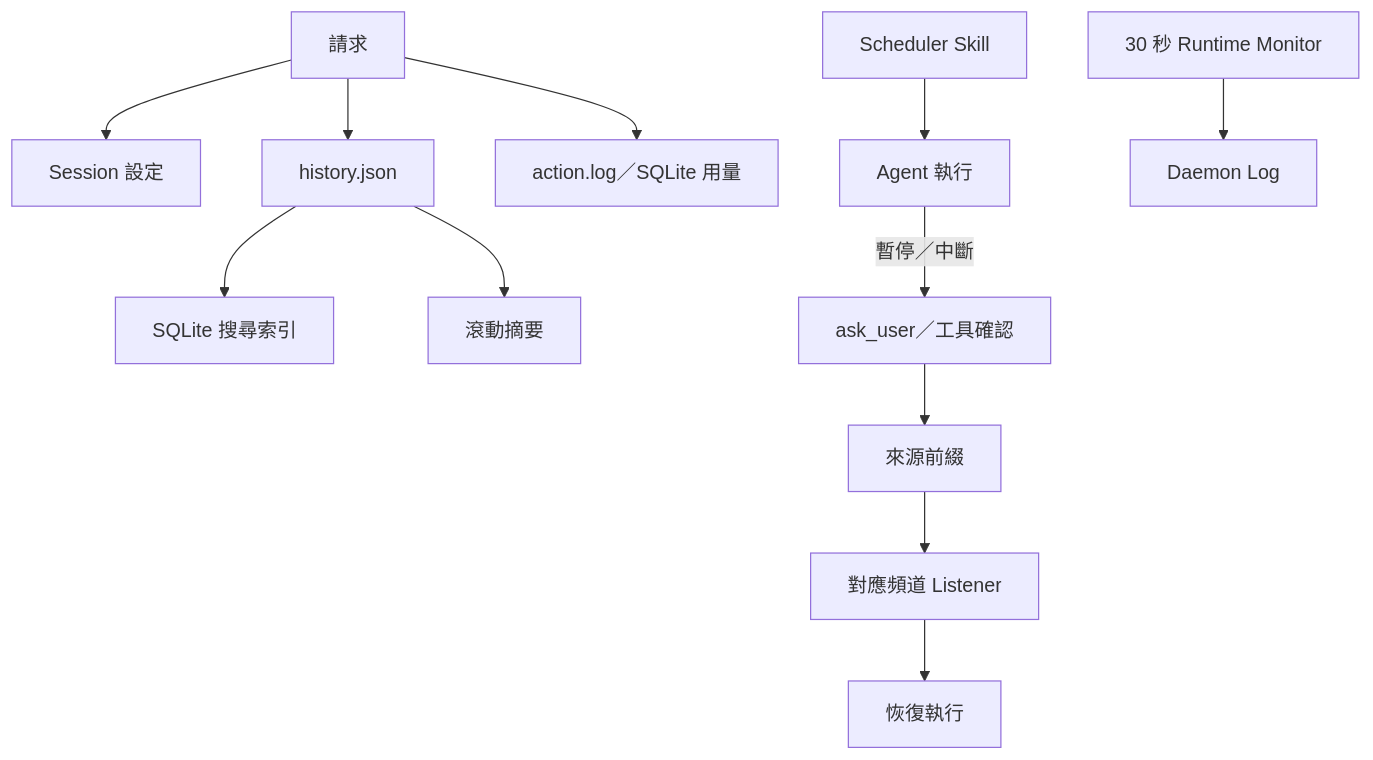
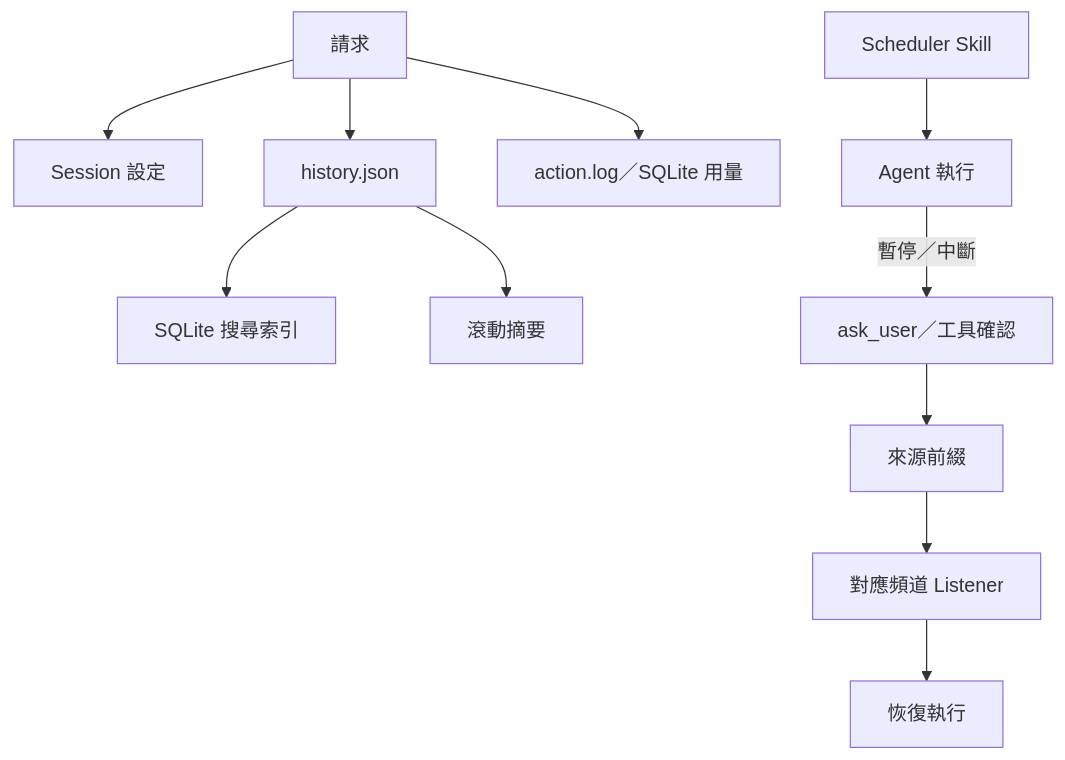
The sixth of 9 diagrams in doc/architecture.zh.md (agenvoy/Agenvoy), drawn with Mermaid before and after one commit. The commit also changed other lines of this file and 3 other files, not shown here.

Commit message:
doc: Align model routing docs and remove runtime monitor references

````diff
--- a/doc/architecture.zh.md
+++ b/doc/architecture.zh.md
@@ -118,14 +118,13 @@
 ```mermaid
 graph TB
     Request[請求] --> Session[Session 設定]
     Request --> History[history.json]
     History --> SQLite[SQLite 搜尋索引]
     History --> Summary[滾動摘要]
     Request --> Logs[action.log／SQLite 用量]
     Pending[ask_user／工具確認] --> Origin[來源前綴]
     Origin --> Listener[對應頻道 Listener]
     Listener --> Resume[恢復執行]
     Execute -->|暫停／中斷| Pending
     Scheduler[Scheduler Skill] --> Execute[Agent 執行]
-    Monitor[30 秒 Runtime Monitor] --> DaemonLog[Daemon Log]
 ```
````
